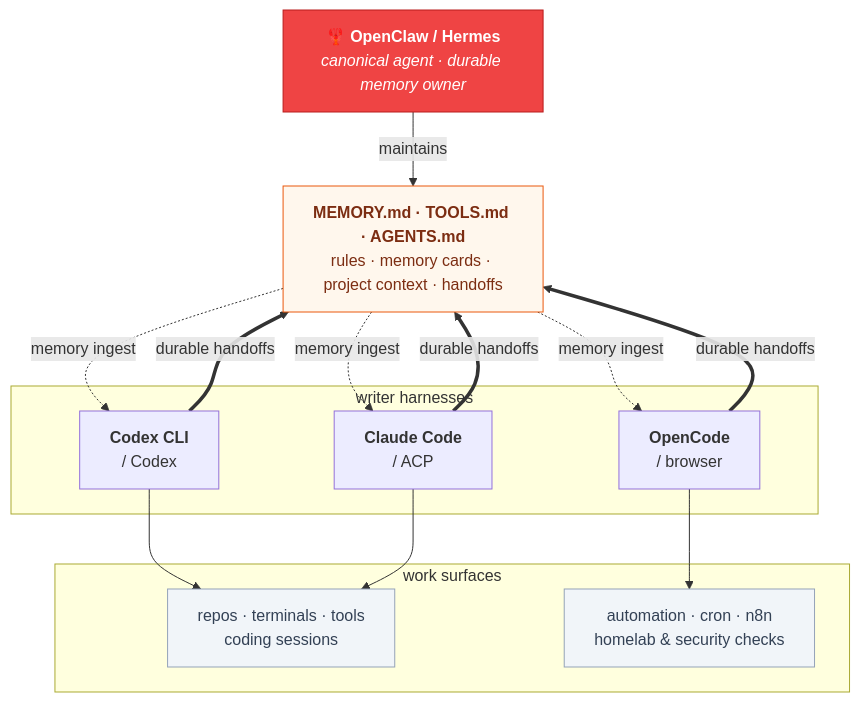
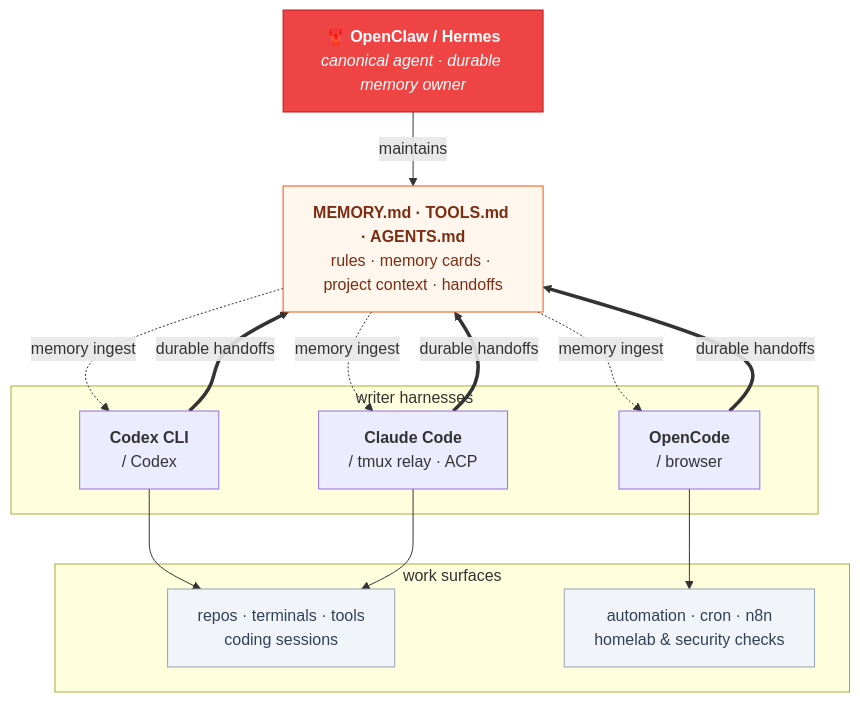
One commit to escoffier-labs/solos-cookbook changed the diagram in README.md. Above: the diagram before and after it, drawn with Mermaid. The commit also changed other lines of this file and 13 other files, not shown here.

Commit message:
document Claude Code tmux relay

````diff
--- a/README.md
+++ b/README.md
@@ -56,29 +56,29 @@
 ```mermaid
 flowchart TB
     OWNER["🦞 <b>OpenClaw / Hermes</b><br/><i>canonical agent · durable memory owner</i>"]
     MEM["<b>MEMORY.md · TOOLS.md · AGENTS.md</b><br/>rules · memory cards · project context · handoffs"]
     OWNER -->|maintains| MEM
 
     subgraph WRITERS [" writer harnesses "]
         CODEX["<b>Codex CLI</b><br/>/ Codex"]
-        CLAUDE["<b>Claude Code</b><br/>/ ACP"]
+        CLAUDE["<b>Claude Code</b><br/>/ tmux relay · ACP"]
         OPEN["<b>OpenCode</b><br/>/ browser"]
     end
 
     CODEX & CLAUDE & OPEN == durable handoffs ==> MEM
     MEM -. memory ingest .-> CODEX & CLAUDE & OPEN
 
     subgraph SURFACES [" work surfaces "]
         WORK["repos · terminals · tools<br/>coding sessions"]
         AUTO["automation · cron · n8n<br/>homelab & security checks"]
     end
     CODEX & CLAUDE --> WORK
     OPEN --> AUTO
 
     classDef owner fill:#ef4444,stroke:#b91c1c,color:#fff;
     classDef mem fill:#fff7ed,stroke:#ea580c,color:#7c2d12;
     classDef surface fill:#f1f5f9,stroke:#94a3b8,color:#334155;
     class OWNER owner;
     class MEM mem;
     class WORK,AUTO surface;
 ```
````
